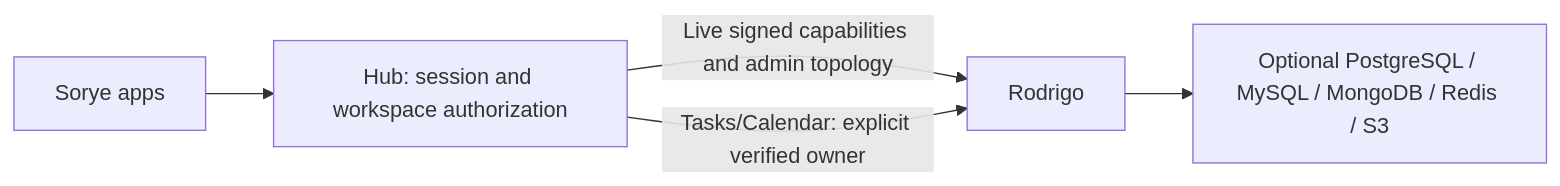
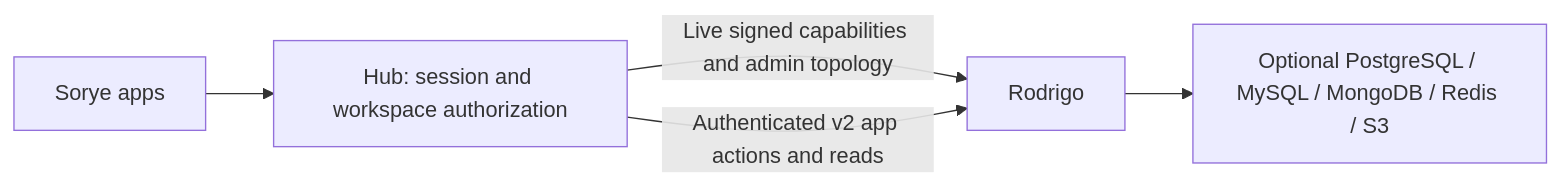
One commit to Adam-Szitas/sorye changed the diagram in docs/RODRIGO.md. Above: the diagram before and after it, drawn with Mermaid. The commit also changed other lines of this file and 241 other files, not shown here.

````diff
--- a/docs/RODRIGO.md
+++ b/docs/RODRIGO.md
@@ -5,7 +9,7 @@
 ```mermaid
 flowchart LR
   Apps[Sorye apps] --> Hub[Hub: session and workspace authorization]
   Hub -->|Live signed capabilities and admin topology| Rodrigo[Rodrigo]
-  Hub -->|Tasks/Calendar: explicit verified owner| Rodrigo
+  Hub -->|Authenticated v2 app actions and reads| Rodrigo
   Rodrigo --> Providers[Optional PostgreSQL / MySQL / MongoDB / Redis / S3]
 ```
````
